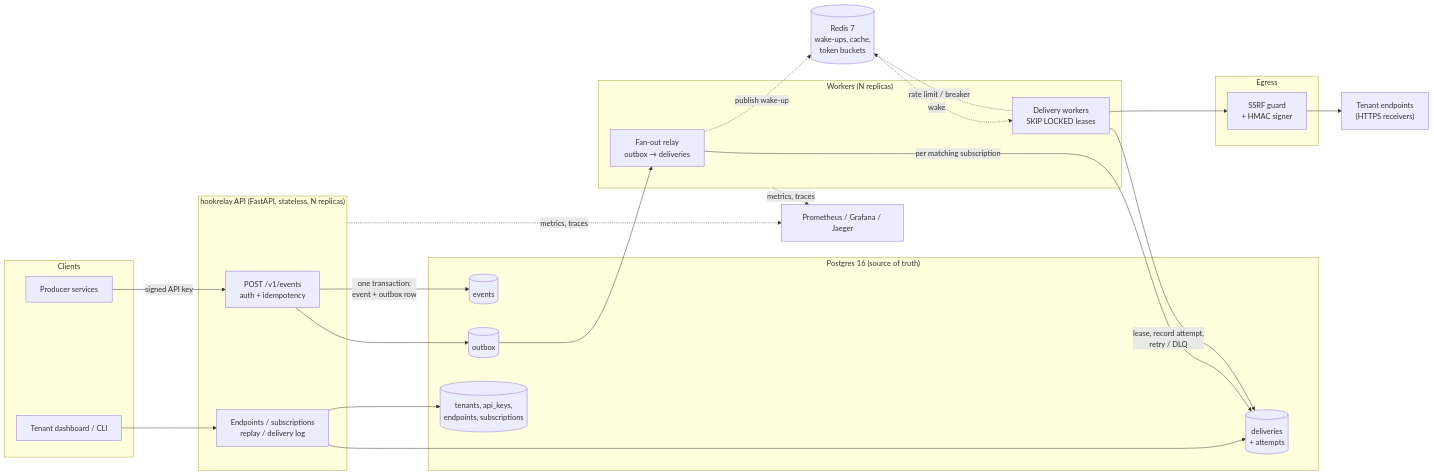
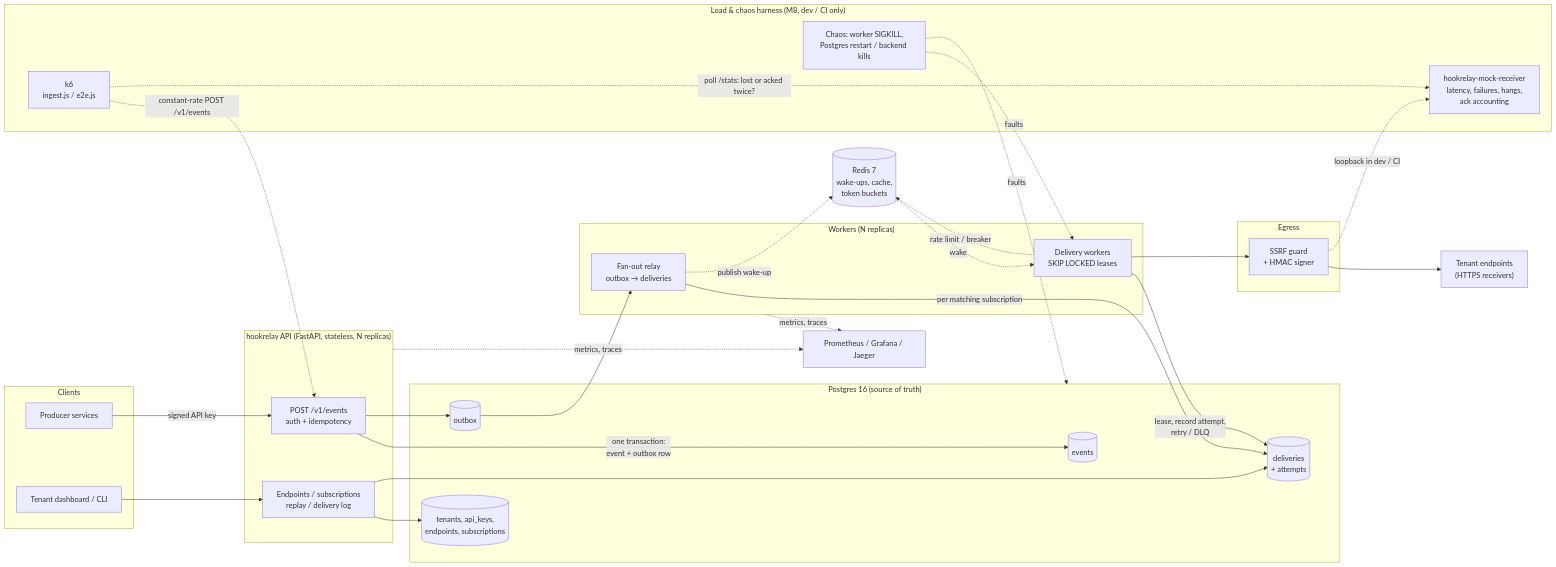
Before and after one commit to smraddhi18/hookrelay: the first of 8 diagrams in README.md, drawn with Mermaid. The commit also changed other lines of this file and 1 other file, not shown here.

Commit message:
M8: README load testing/chaos/capacity + harness diagram + M8 decisions; ROADMAP Milestone 8 complete → Milestone 9 partitioning + deploy

````diff
--- a/README.md
+++ b/README.md
@@ -76,49 +85,60 @@
 ```mermaid
 flowchart LR
     subgraph Clients
         P[Producer services]
         T[Tenant dashboard / CLI]
     end
 
     subgraph API["hookrelay API (FastAPI, stateless, N replicas)"]
         ING["POST /v1/events<br/>auth + idempotency"]
         MGMT["Endpoints / subscriptions<br/>replay / delivery log"]
     end
 
     subgraph PG["Postgres 16 (source of truth)"]
         EV[(events)]
         OB[(outbox)]
         DL[(deliveries<br/>+ attempts)]
         CFG[(tenants, api_keys,<br/>endpoints, subscriptions)]
     end
 
     R[("Redis 7<br/>wake-ups, cache,<br/>token buckets")]
 
     subgraph Workers["Workers (N replicas)"]
         FAN["Fan-out relay<br/>outbox → deliveries"]
         DW["Delivery workers<br/>SKIP LOCKED leases"]
     end
 
     subgraph Edge["Egress"]
         SSRF["SSRF guard<br/>+ HMAC signer"]
     end
 
     EP["Tenant endpoints<br/>(HTTPS receivers)"]
     OBS["Prometheus / Grafana / Jaeger"]
 
+    subgraph Harness["Load & chaos harness (M8, dev / CI only)"]
+        K6["k6<br/>ingest.js / e2e.js"]
+        MOCK["hookrelay-mock-receiver<br/>latency, failures, hangs,<br/>ack accounting"]
+        CHAOS["Chaos: worker SIGKILL,<br/>Postgres restart / backend kills"]
+    end
+
     P -->|signed API key| ING
     T --> MGMT
     ING -->|"one transaction:<br/>event + outbox row"| EV
     ING --> OB
     MGMT --> CFG
     MGMT --> DL
     OB --> FAN
     FAN -->|"per matching subscription"| DL
     FAN -. publish wake-up .-> R
     R -. wake .-> DW
     DW -->|lease, record attempt,<br/>retry / DLQ| DL
     DW --> SSRF --> EP
     DW -. rate limit / breaker .-> R
     API -. metrics, traces .-> OBS
     Workers -. metrics, traces .-> OBS
+    K6 -.->|"constant-rate POST /v1/events"| ING
+    SSRF -.->|"loopback in dev / CI"| MOCK
+    K6 -.->|"poll /stats: lost or acked twice?"| MOCK
+    CHAOS -. faults .-> PG
+    CHAOS -. faults .-> DW
 ```
````
